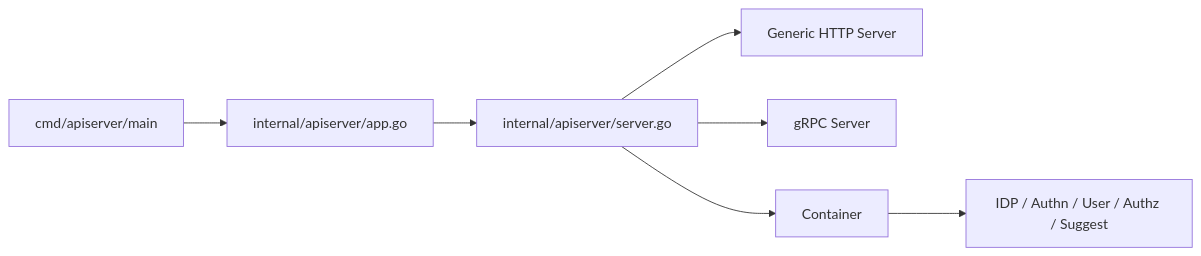
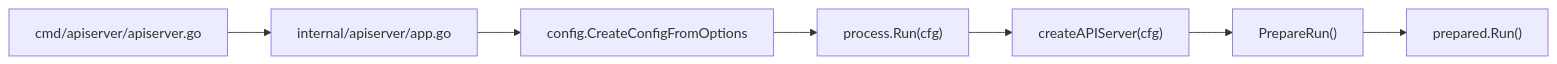
One commit to FangcunMount/iam changed the second of 6 diagrams in docs/01-运行时/01-服务入口&HTTP 与模块装配.md. Above: the diagram before and after it, drawn with Mermaid. The commit also changed other lines of this file and 61 other files, not shown here.

````diff
--- a/docs/01-运行时/01-服务入口&HTTP 与模块装配.md
+++ b/docs/01-运行时/01-服务入口&HTTP 与模块装配.md
@@ -51,9 +53,12 @@
 ```mermaid
 flowchart LR
-    Main[cmd/apiserver/main] --> App[internal/apiserver/app.go]
-    App --> Server[internal/apiserver/server.go]
-    Server --> HTTP[Generic HTTP Server]
-    Server --> GRPC[gRPC Server]
-    Server --> Container[Container]
-    Container --> Modules[IDP / Authn / User / Authz / Suggest]
+    Main["cmd/apiserver/apiserver.go"]
+    App["internal/apiserver/app.go"]
+    Config["config.CreateConfigFromOptions"]
+    Run["process.Run(cfg)"]
+    Create["createAPIServer(cfg)"]
+    Prepare["PrepareRun()"]
+    PreparedRun["prepared.Run()"]
+
+    Main --> App --> Config --> Run --> Create --> Prepare --> PreparedRun
 ```
````
